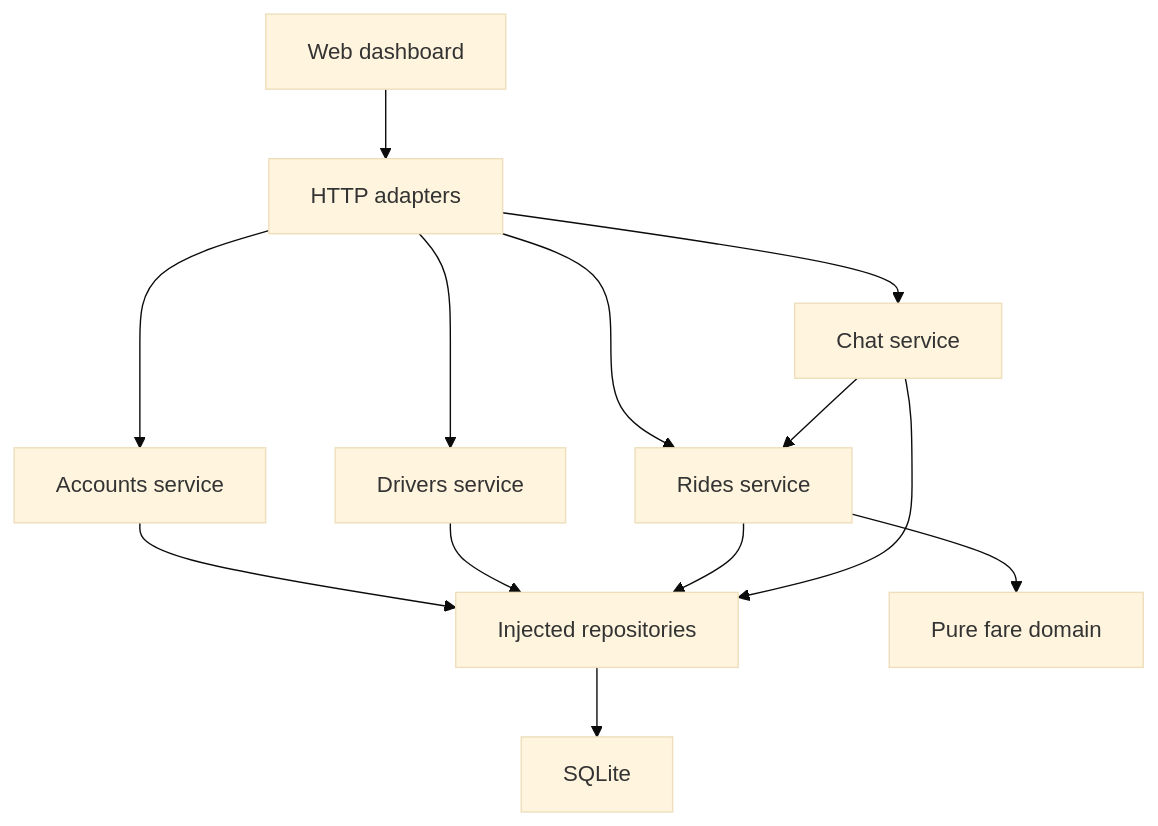
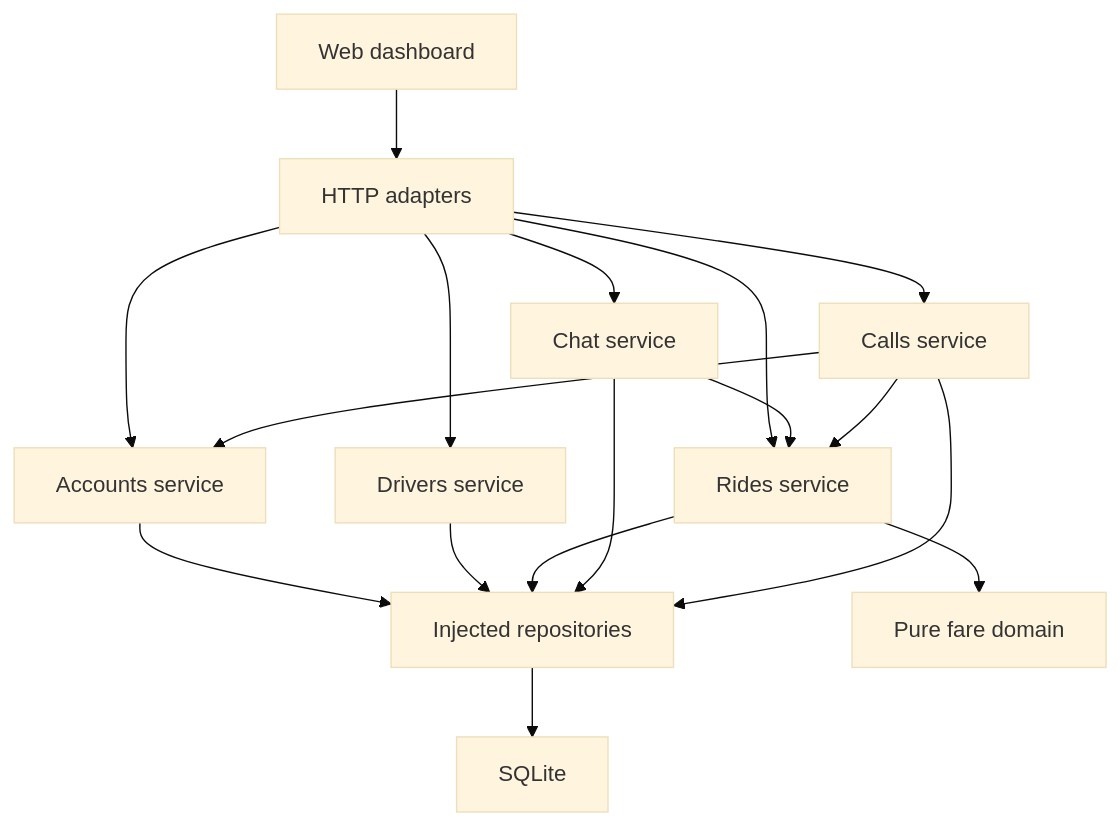
One commit to Dax22/taxi-ai changed the diagram in docs/architecture.md. Above: the diagram before and after it, drawn with Mermaid (base theme). The commit also changed other lines of this file and 41 other files, not shown here.

````diff
--- a/docs/architecture.md
+++ b/docs/architecture.md
@@ -41,15 +43,19 @@
 ```mermaid
 flowchart TD
   Web[Web dashboard] --> HTTP[HTTP adapters]
   HTTP --> Accounts[Accounts service]
   HTTP --> Drivers[Drivers service]
   HTTP --> Rides[Rides service]
   HTTP --> Chat[Chat service]
+  HTTP --> Calls[Calls service]
   Accounts --> Repos[Injected repositories]
   Drivers --> Repos
   Rides --> Repos
   Rides --> Domain[Pure fare domain]
   Chat --> Repos
   Chat --> Rides
+  Calls --> Repos
+  Calls --> Accounts
+  Calls --> Rides
   Repos --> DB[SQLite]
 ```
````
